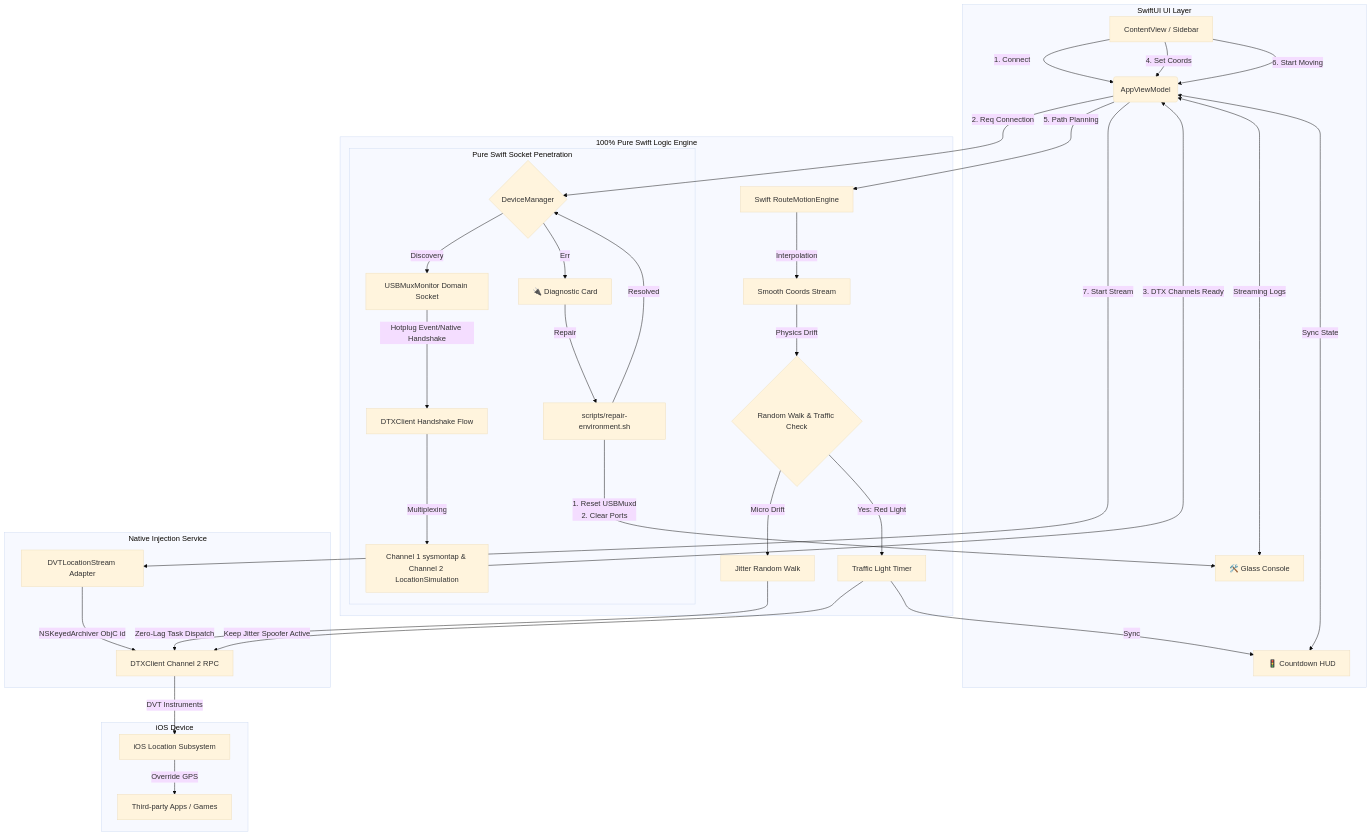
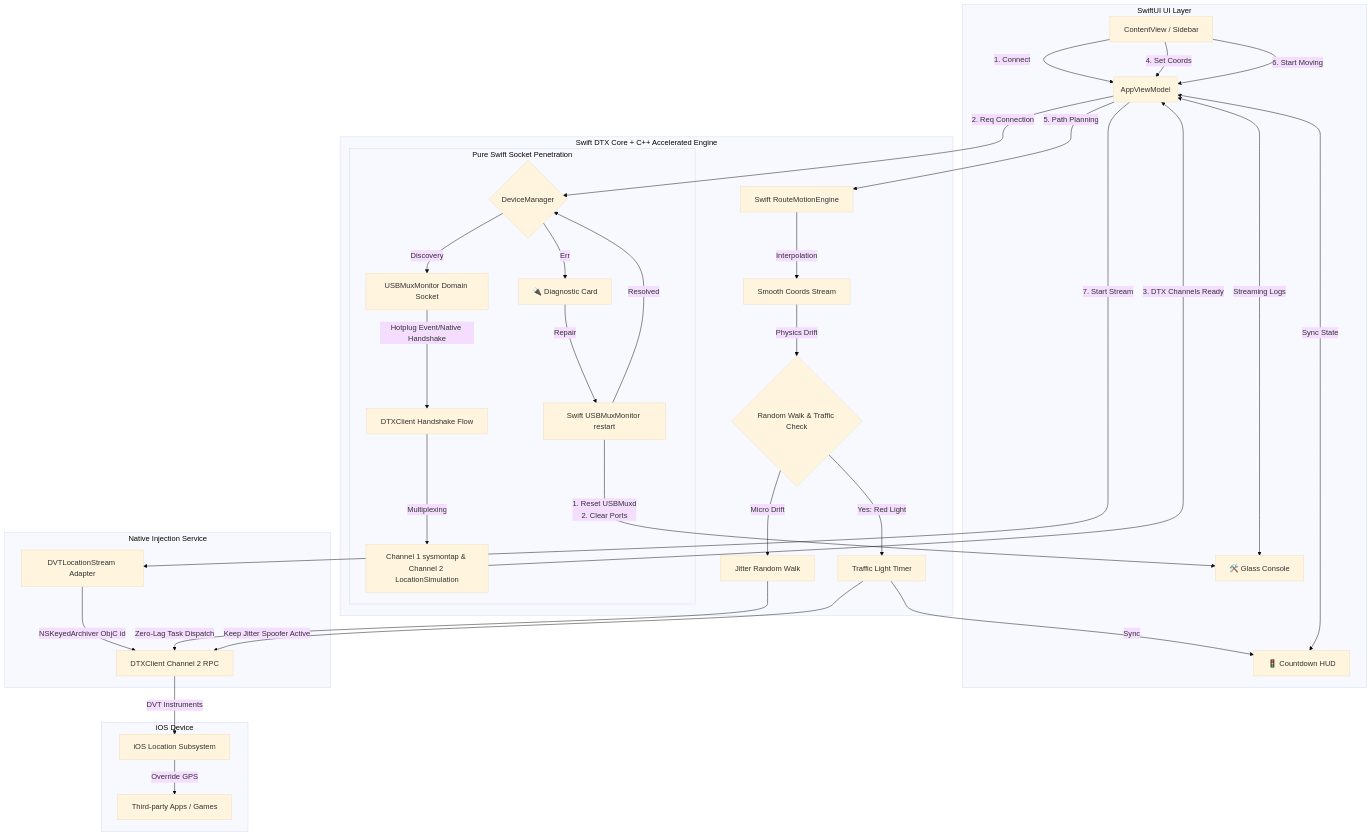
Before and after one commit to yusenhan/flyflyfly: the diagram in README.en.md, drawn with Mermaid (base theme). The commit also changed other lines of this file and 11 other files, not shown here.

````diff
--- a/README.en.md
+++ b/README.en.md
@@ -51,48 +51,48 @@
 ```mermaid
 graph TD
     %% Roles
     subgraph UI_Layer [SwiftUI UI Layer]
         A[ContentView / Sidebar] -->|1. Connect| B(AppViewModel)
         A -->|4. Set Coords| B
         A -->|6. Start Moving| B
         Z[🚦 Countdown HUD] <-->|Sync State| B
         Y[🛠️ Glass Console] <-->|Streaming Logs| B
     end
 
-    subgraph Logic_Layer [100% Pure Swift Logic Engine]
+    subgraph Logic_Layer [Swift DTX Core + C++ Accelerated Engine]
         B -->|2. Req Connection| C{DeviceManager}
         B -->|5. Path Planning| J[Swift RouteMotionEngine]
         J -->|Interpolation| K[Smooth Coords Stream]
         
         %% Anti-Cheat
         K -->|Physics Drift| P{Random Walk & Traffic Check}
         P -->|Yes: Red Light| PA[Traffic Light Timer]
         PA -->|Sync| Z
         P -->|Micro Drift| PB[Jitter Random Walk]
         
         subgraph Connection_Process [Pure Swift Socket Penetration]
             C -->|Discovery| D[USBMuxMonitor Domain Socket]
             D -->|Hotplug Event/Native Handshake| G[DTXClient Handshake Flow]
             G -->|Multiplexing| I[Channel 1 sysmontap & Channel 2 LocationSimulation]
             
             %% Auto Repair
             C -->|Err| Q[🔌 Diagnostic Card]
-            Q -->|Repair| R[scripts/repair-environment.sh]
+            Q -->|Repair| R[Swift USBMuxMonitor restart]
             R -->|1. Reset USBMuxd<br>2. Clear Ports| Y
             R -->|Resolved| C
         end
     end
 
     subgraph Native_Service [Native Injection Service]
         I -->|3. DTX Channels Ready| B
         B -->|7. Start Stream| L[DVTLocationStream Adapter]
         L -->|NSKeyedArchiver ObjC id| M[DTXClient Channel 2 RPC]
         PB -->|Zero-Lag Task Dispatch| M
         PA -->|Keep Jitter Spoofer Active| M
     end
 
     subgraph iOS_Device [iOS Device]
         M -->|DVT Instruments| N[iOS Location Subsystem]
         N -->|Override GPS| O[Third-party Apps / Games]
     end
 ```
````
